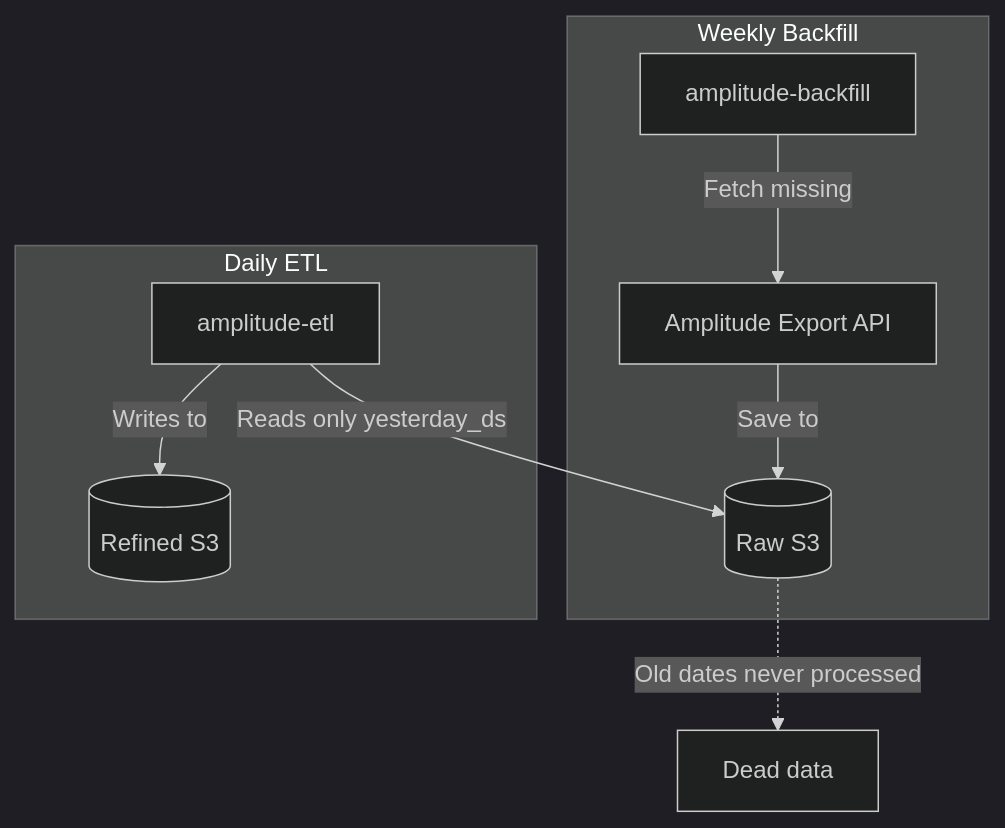
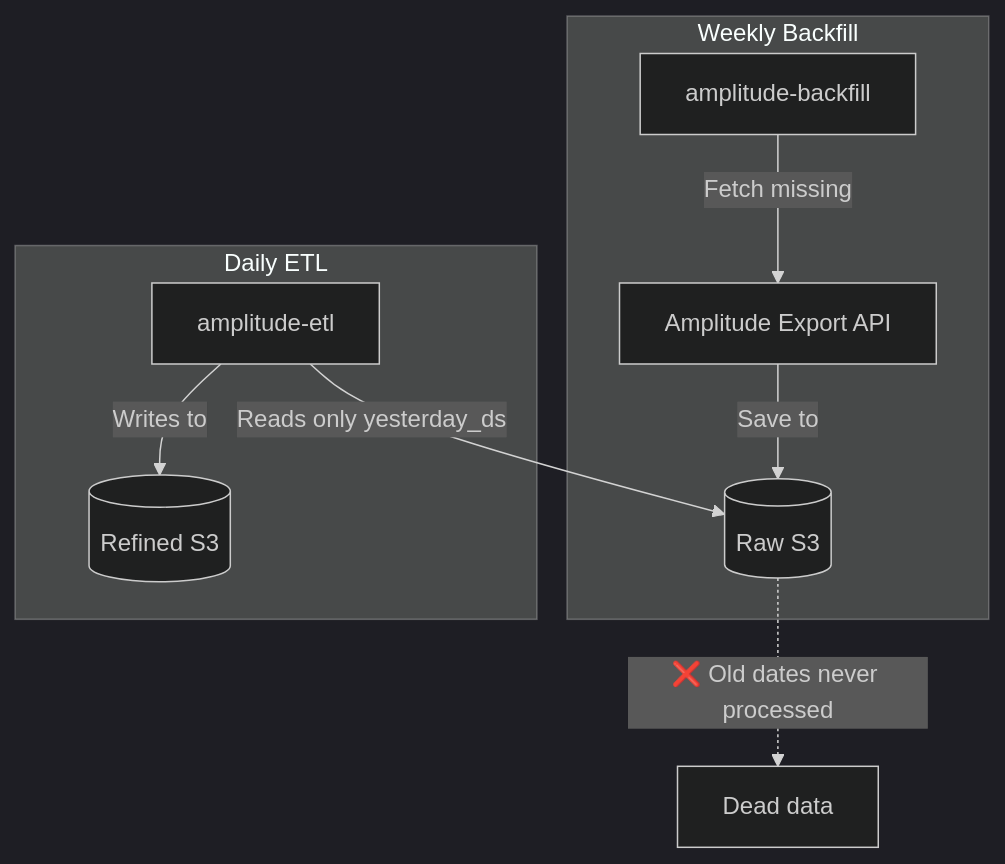
Before and after one commit to brandonwie/brandonwie.dev: the second of 2 diagrams in src/content/posts/en/backend/amplitude-etl-partitioning.md, drawn with Mermaid (dark theme). The commit also changed other lines of this file and 6 other files, not shown here.

````diff
--- a/src/content/posts/en/backend/amplitude-etl-partitioning.md
+++ b/src/content/posts/en/backend/amplitude-etl-partitioning.md
@@ -132,14 +105,14 @@
 ```mermaid
 flowchart TB
     subgraph Backfill["Weekly Backfill"]
         BF[amplitude-backfill] -->|Fetch missing| API[Amplitude Export API]
         API -->|Save to| RAW[(Raw S3)]
     end
 
     subgraph Daily["Daily ETL"]
         ETL[amplitude-etl] -->|"Reads only yesterday_ds"| RAW
         ETL -->|Writes to| REFINED[(Refined S3)]
     end
 
-    RAW -.->|"Old dates never processed"| DEAD[Dead data]
+    RAW -.->|"❌ Old dates never processed"| DEAD[Dead data]
 ```
````
